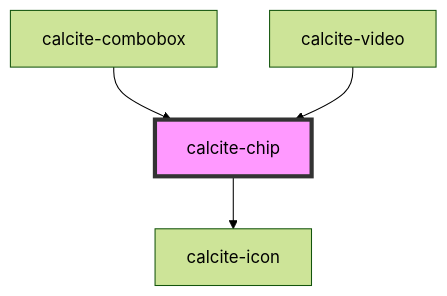
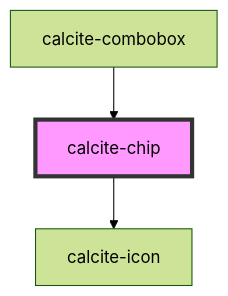
One commit to Esri/calcite-design-system changed the diagram in src/components/calcite-chip/readme.md. Above: the diagram before and after it, drawn with Mermaid (forest theme). The commit also changed other lines of this file and 4 other files, not shown here.

````diff
--- a/src/components/calcite-chip/readme.md
+++ b/src/components/calcite-chip/readme.md
@@ -36,7 +35,6 @@
 ```mermaid
 graph TD;
   calcite-chip --> calcite-icon
   calcite-combobox --> calcite-chip
-  calcite-video --> calcite-chip
   style calcite-chip fill:#f9f,stroke:#333,stroke-width:4px
 ```
````
